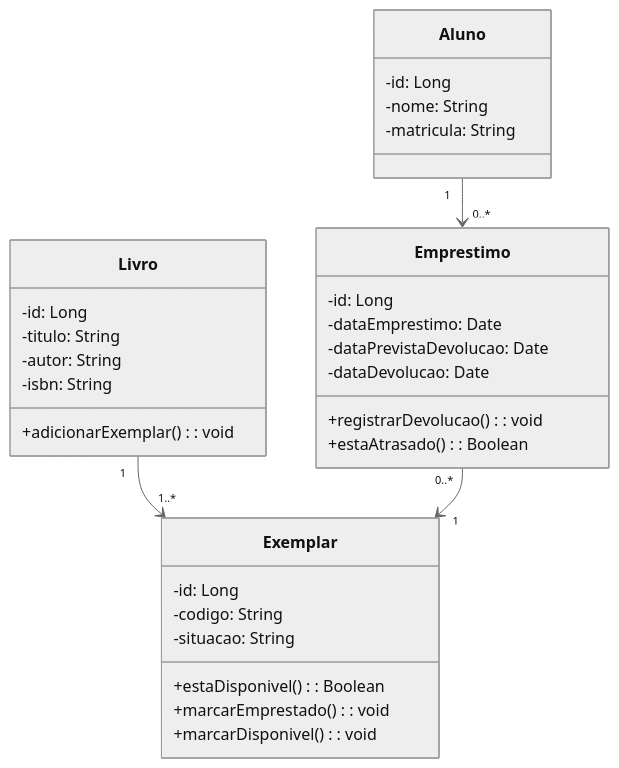
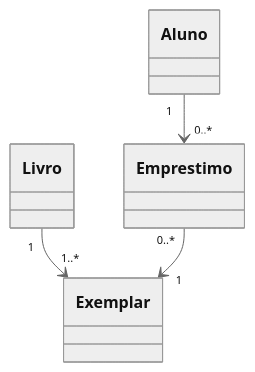
One commit to PedroWatermann/UEM_Eng_Soft changed the first of 13 diagrams in 2_ano/4_semestre/AnaliseProjetoSoftware/ListaExercícios/Lista_6.md. Above: the diagram before and after it, drawn with Mermaid (neutral theme). The commit also changed other lines of this file and 1 other file, not shown here.

````diff
--- a/2_ano/4_semestre/AnaliseProjetoSoftware/ListaExercícios/Lista_6.md
+++ b/2_ano/4_semestre/AnaliseProjetoSoftware/ListaExercícios/Lista_6.md
@@ -37,34 +20,6 @@
 ```mermaid
 classDiagram
-    class Livro {
-        -id: Long
-        -titulo: String
-        -autor: String
-        -isbn: String
-        +adicionarExemplar(): void
-    }
-    class Exemplar {
-        -id: Long
-        -codigo: String
-        -situacao: String
-        +estaDisponivel(): Boolean
-        +marcarEmprestado(): void
-        +marcarDisponivel(): void
-    }
-    class Aluno {
-        -id: Long
-        -nome: String
-        -matricula: String
-    }
-    class Emprestimo {
-        -id: Long
-        -dataEmprestimo: Date
-        -dataPrevistaDevolucao: Date
-        -dataDevolucao: Date
-        +registrarDevolucao(): void
-        +estaAtrasado(): Boolean
-    }
     Livro "1" --> "1..*" Exemplar
     Aluno "1" --> "0..*" Emprestimo
     Emprestimo "0..*" --> "1" Exemplar
 ```
````
